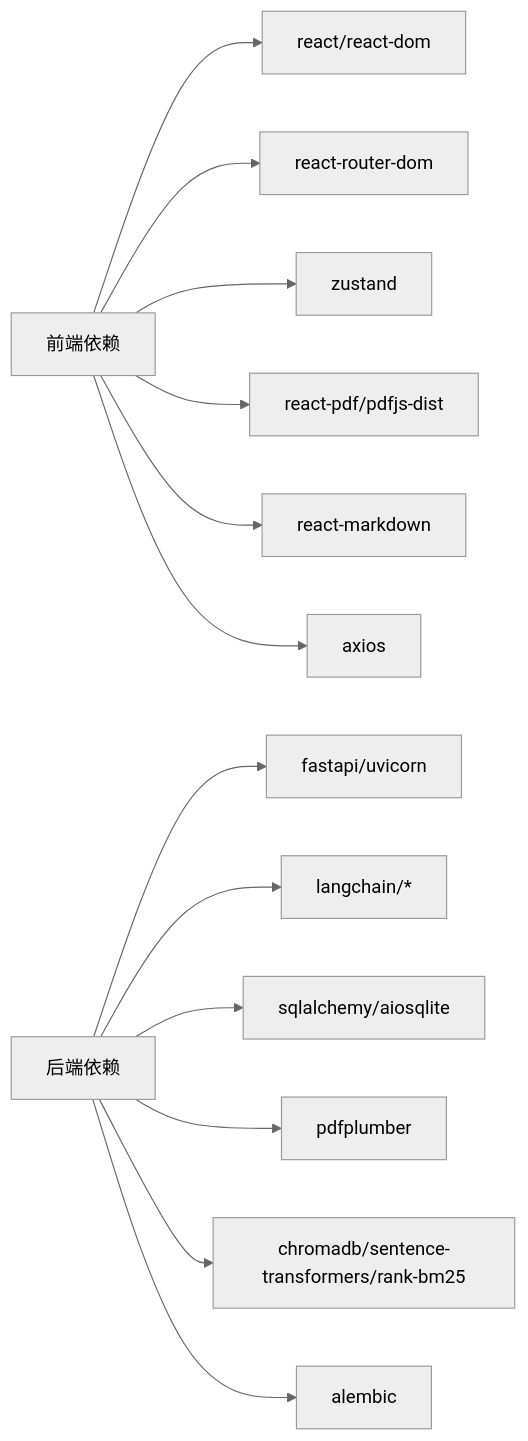
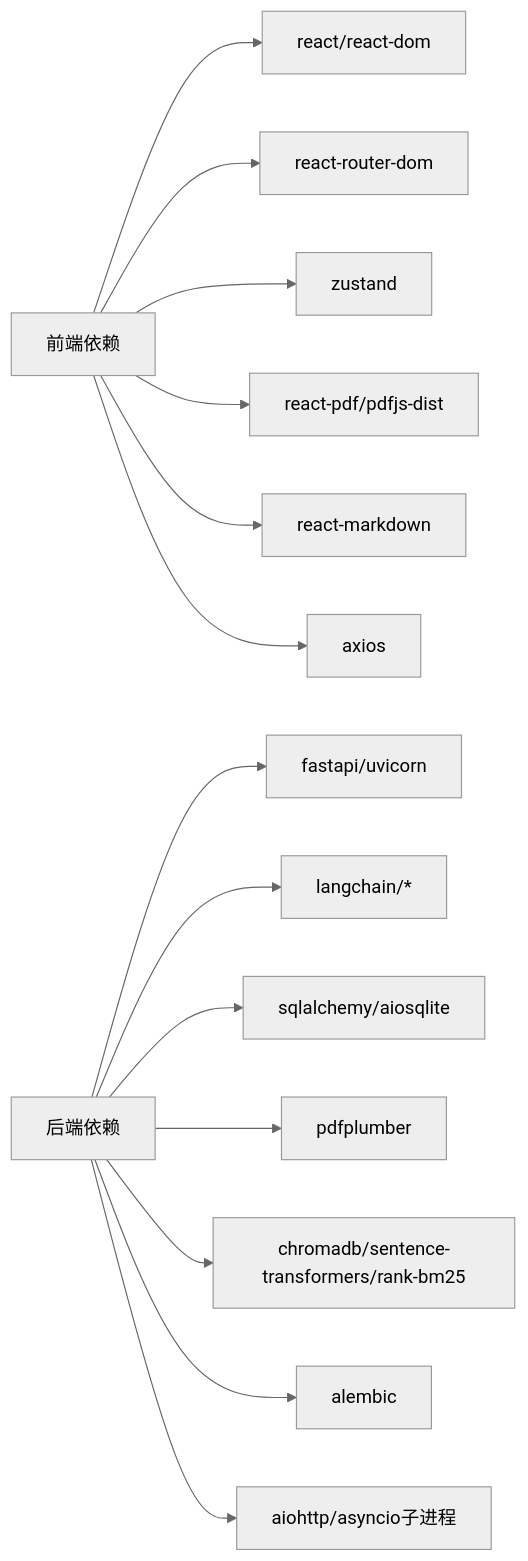
One commit to laohanhahaha/PaperChat changed diagram 15 of 15 in .qoder/repowiki/zh/content/架构设计/架构设计.md. Above: the diagram before and after it, drawn with Mermaid (neutral theme). The commit also changed other lines of this file and 59 other files, not shown here.

````diff
--- a/.qoder/repowiki/zh/content/架构设计/架构设计.md
+++ b/.qoder/repowiki/zh/content/架构设计/架构设计.md
@@ -344,15 +597,16 @@
 ```mermaid
 graph LR
 FE["前端依赖"] --> React["react/react-dom"]
 FE --> Router["react-router-dom"]
 FE --> Zustand["zustand"]
 FE --> PDF["react-pdf/pdfjs-dist"]
 FE --> Markdown["react-markdown"]
 FE --> Axios["axios"]
 BE["后端依赖"] --> FastAPI["fastapi/uvicorn"]
 BE --> LangChain["langchain/*"]
 BE --> SQL["sqlalchemy/aiosqlite"]
 BE --> PDFLib["pdfplumber"]
 BE --> RAG["chromadb/sentence-transformers/rank-bm25"]
 BE --> Alembic["alembic"]
+BE --> MCP["aiohttp/asyncio子进程"]
 ```
````
